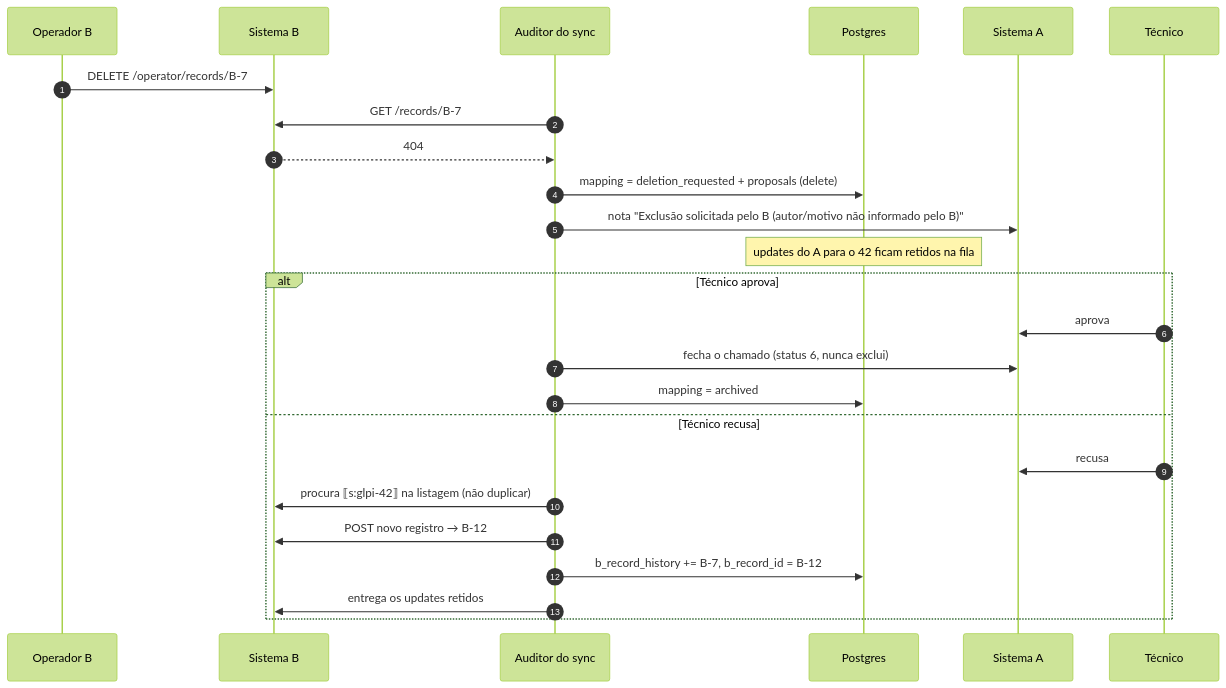
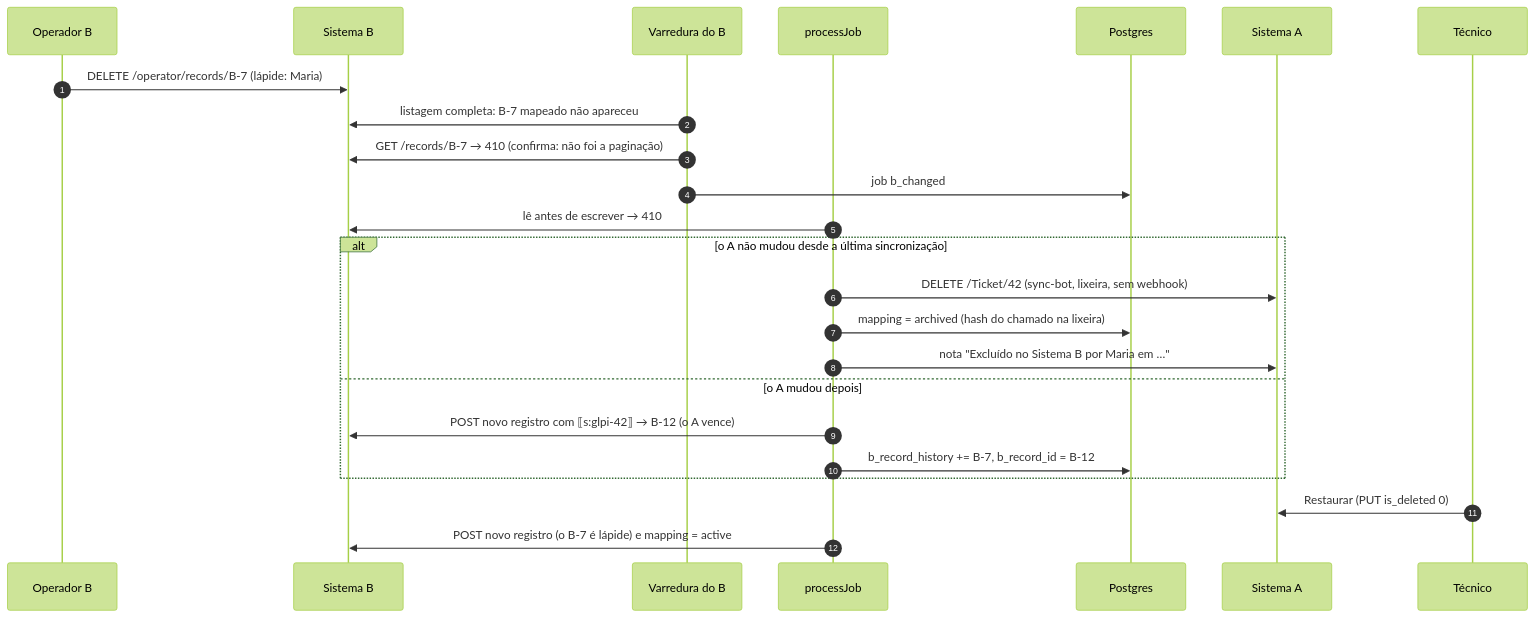
One commit to BossBurgues/desafiotecCyberCorp changed the sixth of 8 diagrams in docs/architecture.md. Above: the diagram before and after it, drawn with Mermaid (forest theme). The commit also changed other lines of this file and 11 other files, not shown here.

First line of the commit message:
docs: ADR-015 (exclusão nos dois lados e quem é o mestre), roteiro da demo e docs com o A como tela de trabalho

````diff
--- a/docs/architecture.md
+++ b/docs/architecture.md
@@ -189,28 +187,27 @@
 ```mermaid
 sequenceDiagram
   autonumber
   participant OP as Operador B
   participant B as Sistema B
-  participant AU as Auditor do sync
+  participant V as Varredura do B
+  participant K as processJob
   participant DB as Postgres
   participant A as Sistema A
   participant T as Técnico
 
-  OP->>B: DELETE /operator/records/B-7
-  AU->>B: GET /records/B-7
-  B-->>AU: 404
-  AU->>DB: mapping = deletion_requested + proposals (delete)
-  AU->>A: nota "Exclusão solicitada pelo B (autor/motivo não informado pelo B)"
-  Note over DB: updates do A para o 42 ficam retidos na fila
-  alt Técnico aprova
-    T->>A: aprova
-    AU->>A: fecha o chamado (status 6, nunca exclui)
-    AU->>DB: mapping = archived
-  else Técnico recusa
-    T->>A: recusa
-    AU->>B: procura ⟦s:glpi-42⟧ na listagem (não duplicar)
-    AU->>B: POST novo registro → B-12
-    AU->>DB: b_record_history += B-7, b_record_id = B-12
-    AU->>B: entrega os updates retidos
+  OP->>B: DELETE /operator/records/B-7 (lápide: Maria)
+  V->>B: listagem completa: B-7 mapeado não apareceu
+  V->>B: GET /records/B-7 → 410 (confirma: não foi a paginação)
+  V->>DB: job b_changed
+  K->>B: lê antes de escrever → 410
+  alt o A não mudou desde a última sincronização
+    K->>A: DELETE /Ticket/42 (sync-bot, lixeira, sem webhook)
+    K->>DB: mapping = archived (hash do chamado na lixeira)
+    K->>A: nota "Excluído no Sistema B por Maria em …"
+  else o A mudou depois
+    K->>B: POST novo registro com ⟦s:glpi-42⟧ → B-12 (o A vence)
+    K->>DB: b_record_history += B-7, b_record_id = B-12
   end
+  T->>A: Restaurar (PUT is_deleted 0)
+  K->>B: POST novo registro (o B-7 é lápide) e mapping = active
 ```
````
